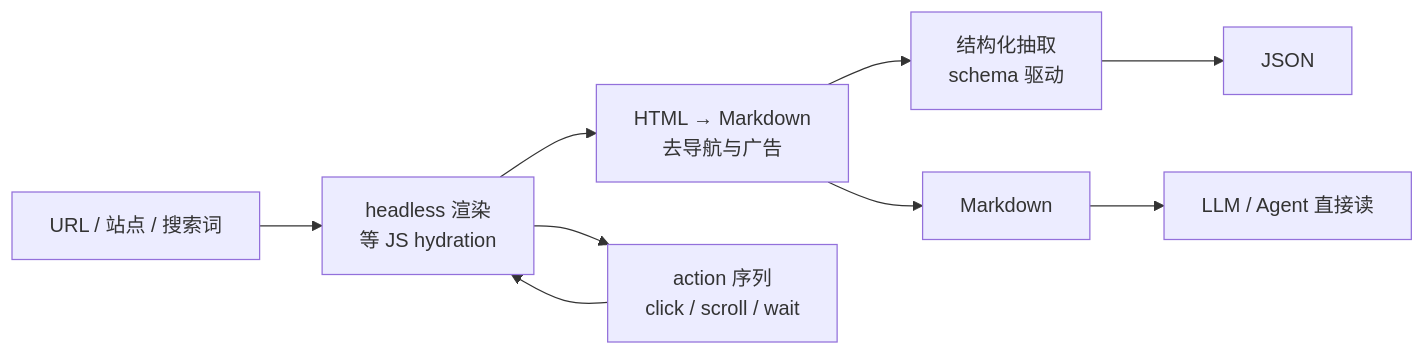
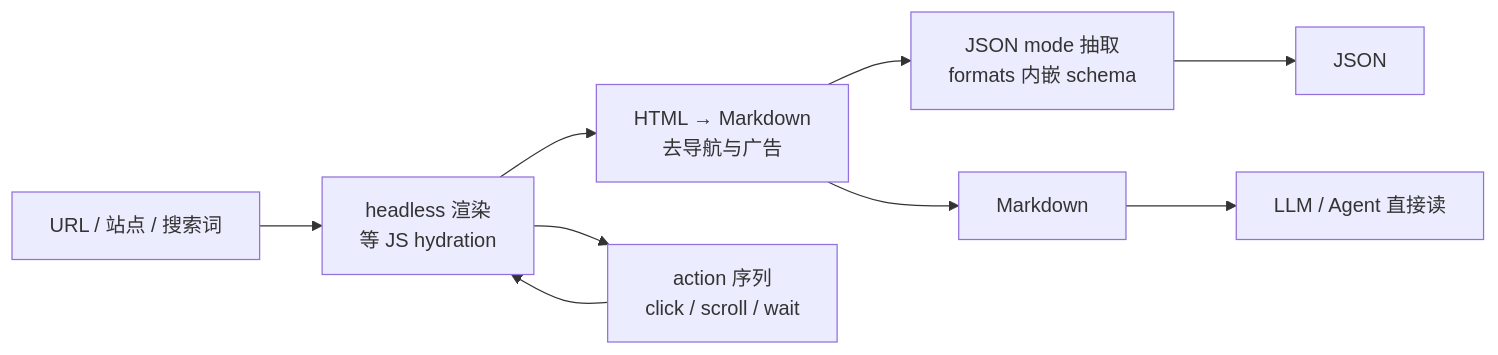
One commit to A1pha3/text-matrix changed the diagram in content/posts/tech/firecrawl-web-crawler-api-architecture-guide.md. Above: the diagram before and after it, drawn with Mermaid. The commit also changed other lines of this file and 331 other files, not shown here.

````diff
--- a/content/posts/tech/firecrawl-web-crawler-api-architecture-guide.md
+++ b/content/posts/tech/firecrawl-web-crawler-api-architecture-guide.md
@@ -23,11 +24,11 @@
 ```mermaid
 flowchart LR
     SRC[URL / 站点 / 搜索词] --> R[headless 渲染<br/>等 JS hydration]
     R --> M[HTML → Markdown<br/>去导航与广告]
-    M --> E[结构化抽取<br/>schema 驱动]
+    M --> E[JSON mode 抽取<br/>formats 内嵌 schema]
     M --> OUT1[Markdown]
     E --> OUT2[JSON]
     R --> A[action 序列<br/>click / scroll / wait]
     A --> R
     OUT1 --> LLM[LLM / Agent 直接读]
 ```
````
